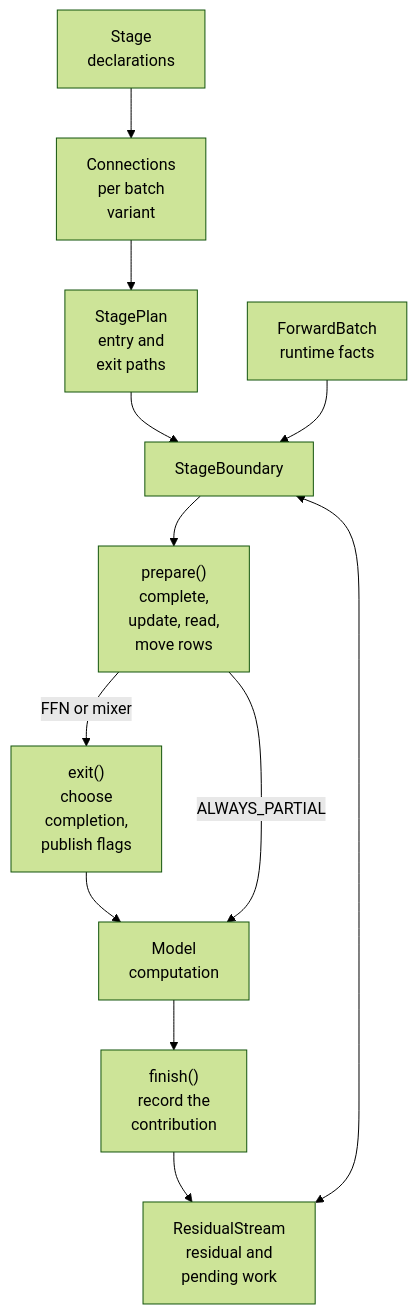
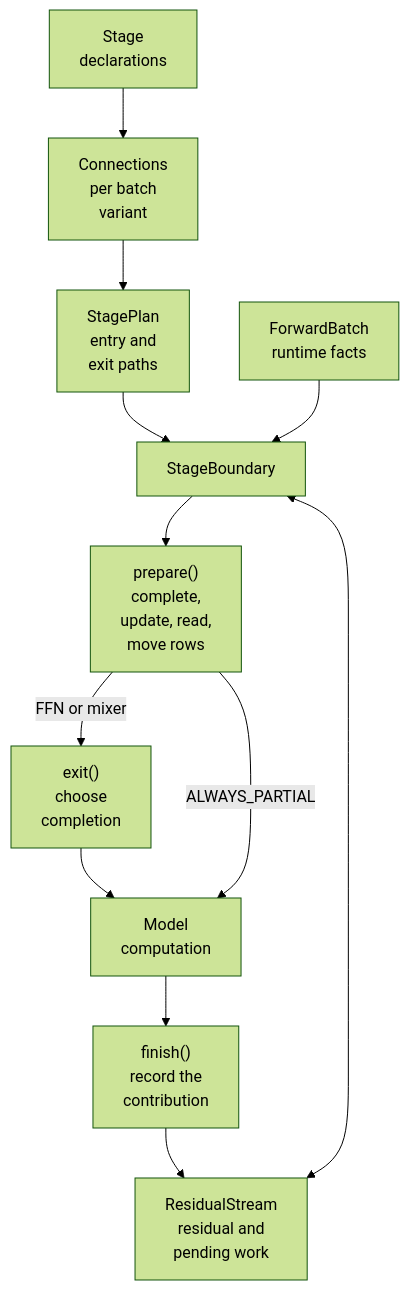
Before and after one commit to MetaX-MACA/sglang: the diagram in docs/docs/developer_guide/layer_boundary.mdx, drawn with Mermaid (forest theme). The commit also changed other lines of this file and 62 other files, not shown here.

````diff
--- a/docs/docs/developer_guide/layer_boundary.mdx
+++ b/docs/docs/developer_guide/layer_boundary.mdx
@@ -268,14 +268,14 @@
 ```mermaid
 flowchart TD
     D["Stage<br/>declarations"] --> C["Connections<br/>per batch<br/>variant"]
     C --> P["StagePlan<br/>entry and<br/>exit paths"]
     P --> B["StageBoundary"]
     F["ForwardBatch<br/>runtime facts"] --> B
     S["ResidualStream<br/>residual and<br/>pending work"] <--> B
     B --> I["prepare()<br/>complete,<br/>update, read,<br/>move rows"]
-    I -->|"FFN or mixer"| X["exit()<br/>choose<br/>completion,<br/>publish flags"]
+    I -->|"FFN or mixer"| X["exit()<br/>choose<br/>completion"]
     X --> M["Model<br/>computation"]
     I -->|"ALWAYS_PARTIAL"| M
     M --> O["finish()<br/>record the<br/>contribution"]
     O --> S
 ```
````
